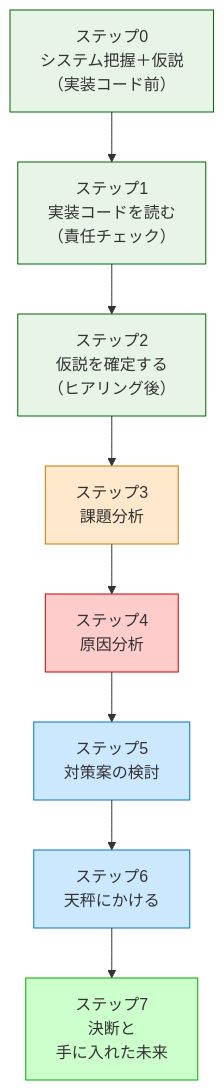
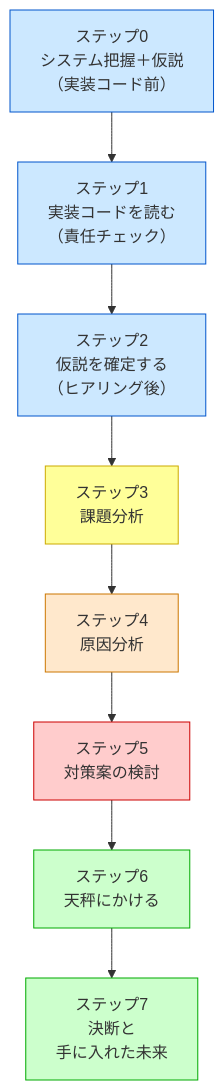
One commit to kumachan1101-pixel/DesignPattern changed the diagram in kindle/design-patterns/output/chapter00_2.md. Above: the diagram before and after it, drawn with Mermaid. The commit also changed other lines of this file, not shown here.

````diff
--- a/kindle/design-patterns/output/chapter00_2.md
+++ b/kindle/design-patterns/output/chapter00_2.md
@@ -26,22 +26,22 @@
 ```mermaid
 graph TD
     S0["ステップ0<br>システム把握＋仮説<br>（実装コード前）"]
     S1["ステップ1<br>実装コードを読む<br>（責任チェック）"]
     S2["ステップ2<br>仮説を確定する<br>（ヒアリング後）"]
     S3["ステップ3<br>課題分析"]
     S4["ステップ4<br>原因分析"]
     S5["ステップ5<br>対策案の検討"]
     S6["ステップ6<br>天秤にかける"]
     S7["ステップ7<br>決断と<br>手に入れた未来"]
 
     S0 --> S1 --> S2 --> S3 --> S4 --> S5 --> S6 --> S7
 
-    style S0 fill:#e8f4e8,stroke:#006600
-    style S1 fill:#e8f4e8,stroke:#006600
-    style S2 fill:#e8f4e8,stroke:#006600
-    style S3 fill:#ffe8cc,stroke:#cc7700
-    style S4 fill:#ffcccc,stroke:#cc0000
-    style S5 fill:#cce8ff,stroke:#0077cc
-    style S6 fill:#cce8ff,stroke:#0077cc
+    style S0 fill:#cce8ff,stroke:#0055cc
+    style S1 fill:#cce8ff,stroke:#0055cc
+    style S2 fill:#cce8ff,stroke:#0055cc
+    style S3 fill:#ffff99,stroke:#ccaa00
+    style S4 fill:#ffe8cc,stroke:#cc7700
+    style S5 fill:#ffcccc,stroke:#cc0000
+    style S6 fill:#ccffcc,stroke:#00aa00
     style S7 fill:#ccffcc,stroke:#00aa00
 ```
````
